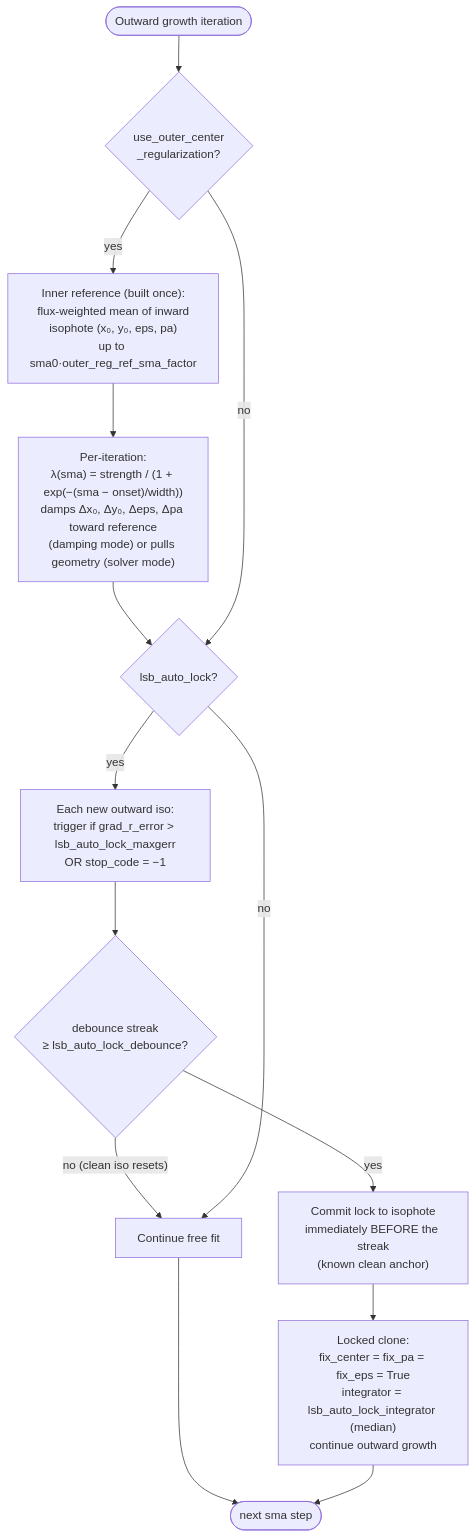
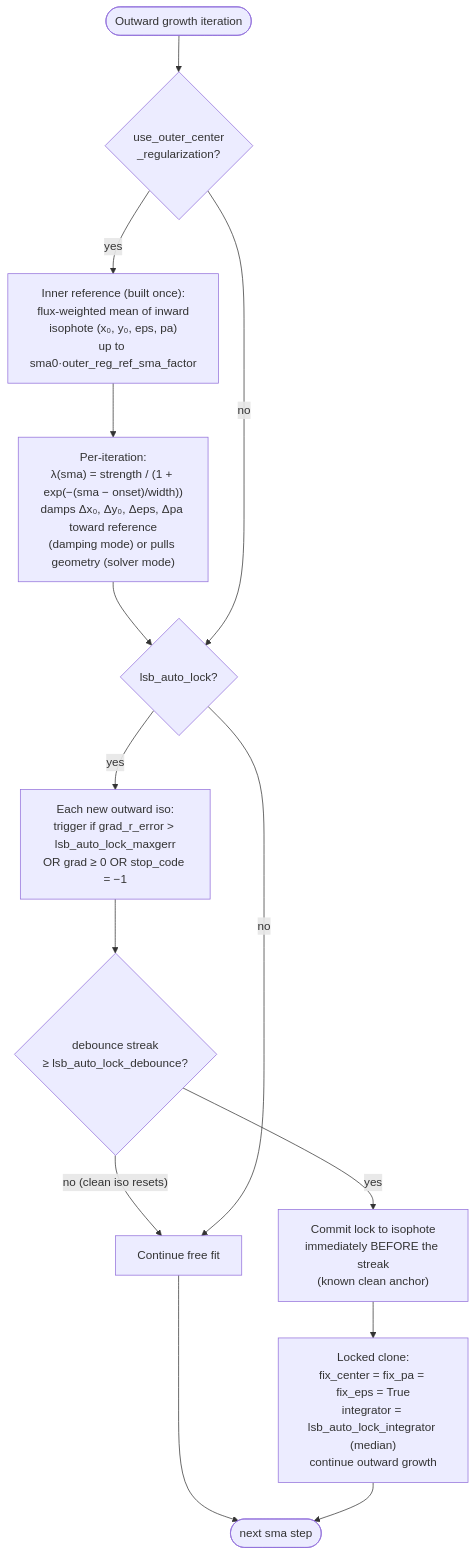
One commit to MassiveSeaOtters/isoster changed the sixth of 6 diagrams in docs/reference/algorithm-walkthrough.md. Above: the diagram before and after it, drawn with Mermaid. The commit also changed other lines of this file and 23 other files, not shown here.

````diff
--- a/docs/reference/algorithm-walkthrough.md
+++ b/docs/reference/algorithm-walkthrough.md
@@ -244,17 +256,17 @@
 ```mermaid
 flowchart TD
     Outward([Outward growth iteration]) --> OR{"use_outer_center<br/>_regularization?"}
     OR -- yes --> Ref["Inner reference (built once):<br/>flux-weighted mean of inward<br/>isophote (x₀, y₀, eps, pa)<br/>up to sma0·outer_reg_ref_sma_factor"]
     Ref --> Ramp["Per-iteration:<br/>λ(sma) = strength / (1 + exp(−(sma − onset)/width))<br/>damps Δx₀, Δy₀, Δeps, Δpa toward reference<br/>(damping mode) or pulls geometry (solver mode)"]
     Ramp --> AL
     OR -- no --> AL
     AL{"lsb_auto_lock?"}
-    AL -- yes --> Detect["Each new outward iso:<br/>trigger if grad_r_error &gt; lsb_auto_lock_maxgerr<br/>OR stop_code = −1"]
+    AL -- yes --> Detect["Each new outward iso:<br/>trigger if grad_r_error &gt; lsb_auto_lock_maxgerr<br/>OR grad ≥ 0 OR stop_code = −1"]
     Detect --> Streak{"debounce streak<br/>≥ lsb_auto_lock_debounce?"}
     Streak -- "no (clean iso resets)" --> Free[Continue free fit]
     Streak -- yes --> Commit["Commit lock to isophote<br/>immediately BEFORE the streak<br/>(known clean anchor)"]
     Commit --> Locked["Locked clone:<br/>fix_center = fix_pa = fix_eps = True<br/>integrator = lsb_auto_lock_integrator (median)<br/>continue outward growth"]
     AL -- no --> Free
     Free --> Next([next sma step])
     Locked --> Next
 ```
````
